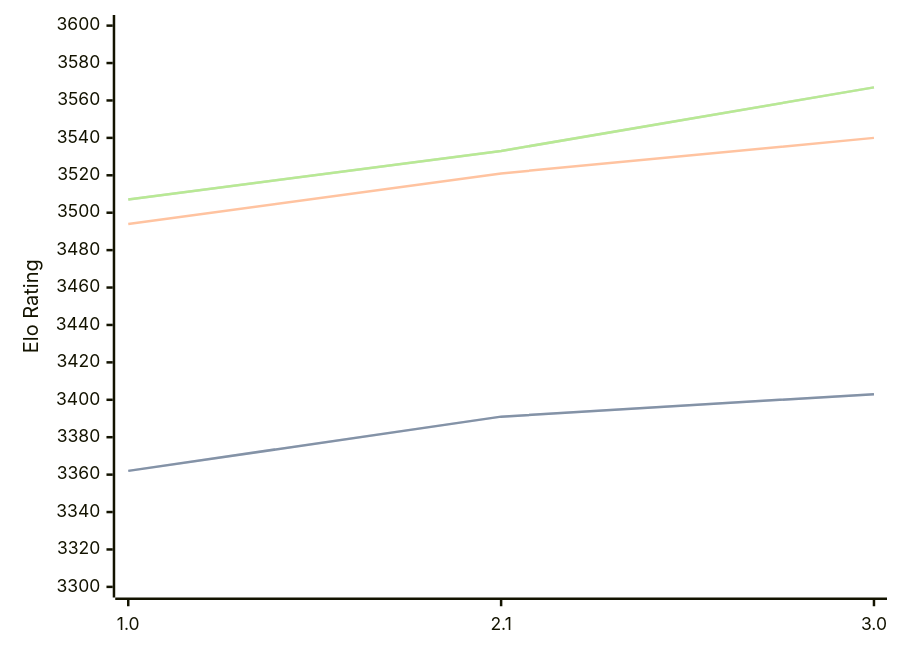
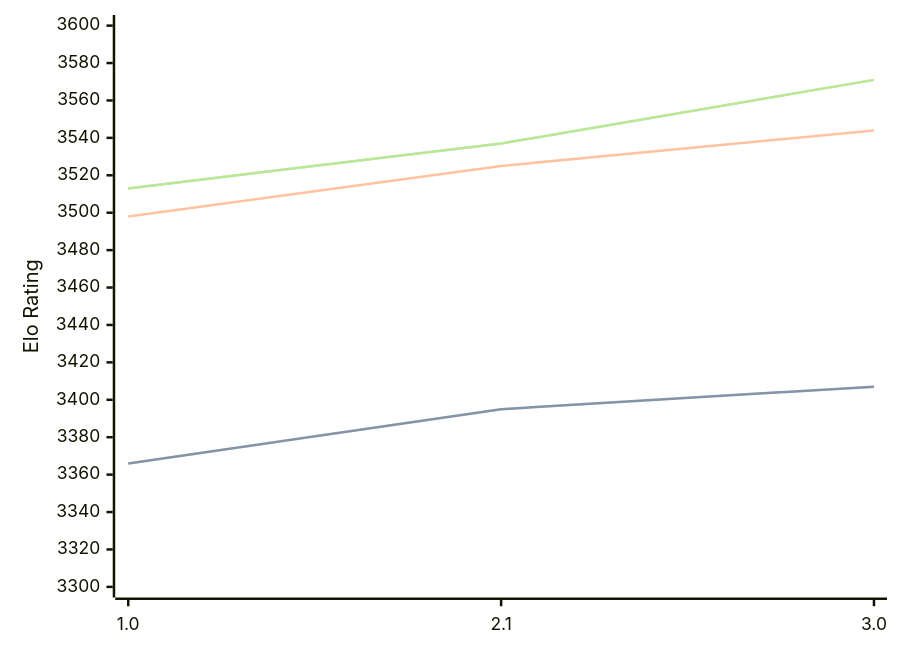
One commit to computer-chess-index/cci changed the diagram in engines/Hobbes.md. Above: the diagram before and after it, drawn with Mermaid. The commit also changed other lines of this file, not shown here.

Commit message:
Update CCI Ratings (ELO VLTC) - 2026-08-18

````diff
--- a/engines/Hobbes.md
+++ b/engines/Hobbes.md
@@ -33,11 +33,11 @@
 ```mermaid
 %%{init: {"theme":"base","themeVariables":{"seriesColors:['#a3a3a3','#222221','#faa371']}}}%%
 xychart-beta
   x-axis ["1.0", "2.1", "3.0"]
   y-axis "Elo Rating" 3300 --> 3600
-  line "STC (8.0+0.08s)" [3362, 3391, 3403]
-  line "STC (8.0+0.08s)" [3362, 3391, 3403]
-  line "LTC (60.0+0.60s)" [3494, 3521, 3540]
-  line "VLTC (2m24s+1.12s)" [3507, 3533, 3567]
-  line "VLTC (2m24s+1.12s)" [3507, 3533, 3567]
+  line "STC (8.0+0.08s)" [3366, 3395, 3407]
+  line "STC (8.0+0.08s)" [3366, 3395, 3407]
+  line "LTC (60.0+0.60s)" [3498, 3525, 3544]
+  line "VLTC (2m24s+1.12s)" [3513, 3537, 3571]
+  line "VLTC (2m24s+1.12s)" [3513, 3537, 3571]
 ```
````
